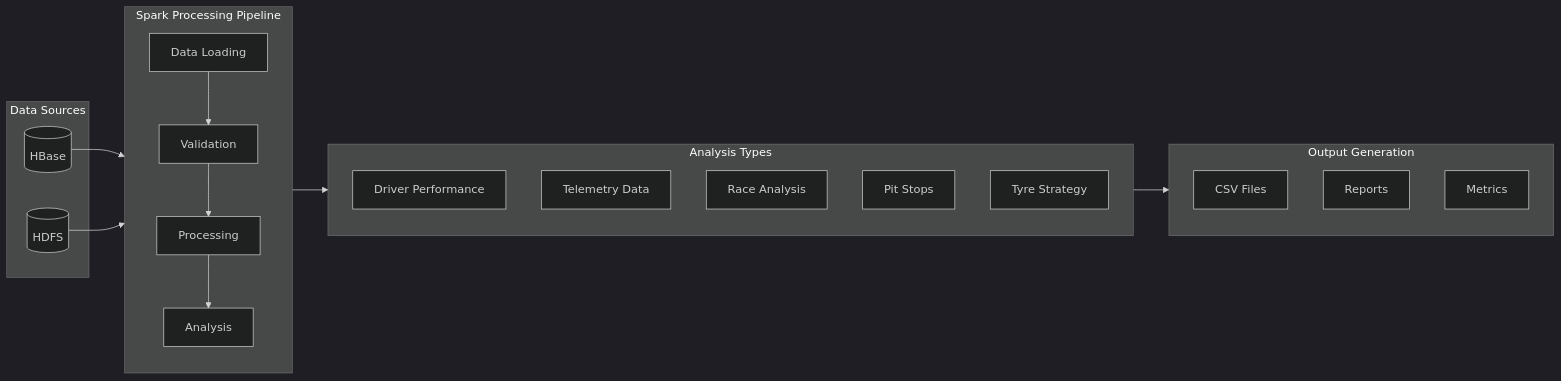
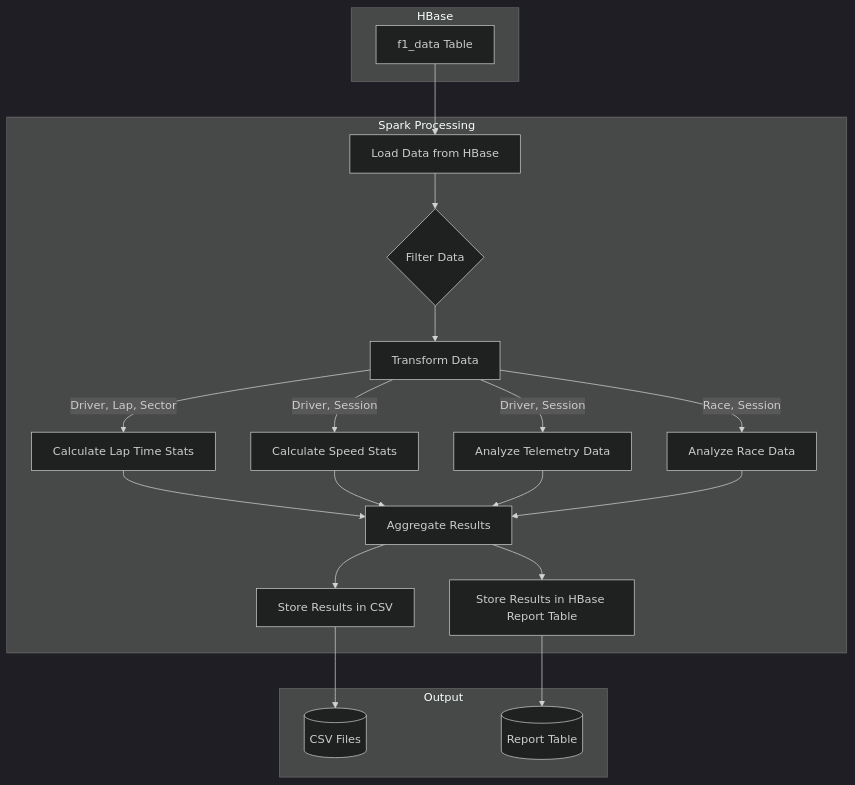
Before and after one commit to matwi5/ece-bigdata-2024-fall-gr02-Mathis-Clement: the fourth of 4 diagrams in docs/spark.md, drawn with Mermaid. The commit also changed other lines of this file and 10 other files, not shown here.

````diff
--- a/docs/spark.md
+++ b/docs/spark.md
@@ -93,39 +225,31 @@
 ```mermaid
 %%{init: {'theme': 'dark'}}%%
-flowchart LR
-    subgraph Input["Data Sources"]
-        HB[(HBase)]
-        HD[(HDFS)]
+graph TD
+    subgraph "HBase"
+        HB[f1_data Table]
     end
 
-    subgraph Processing["Spark Processing Pipeline"]
-        direction TB
-        L[Data Loading]
-        V[Validation]
-        P[Processing]
-        A[Analysis]
-        
-        L --> V
-        V --> P
-        P --> A
+    subgraph "Spark Processing"
+        A[Load Data from HBase] --> B{Filter Data}
+        B --> C[Transform Data]
+        C --> |Driver, Lap, Sector| D[Calculate Lap Time Stats]
+        C --> |Driver, Session| E[Calculate Speed Stats]
+        C --> |Driver, Session| F[Analyze Telemetry Data]
+        C --> |Race, Session| G[Analyze Race Data]
+        D --> H[Aggregate Results]
+        E --> H
+        F --> H
+        G --> H
+        H --> I[Store Results in CSV]
+        H --> J[Store Results in HBase Report Table]
     end
 
-    subgraph Analysis["Analysis Types"]
-        D[Driver Performance]
-        T[Telemetry Data]
-        R[Race Analysis]
-        PS[Pit Stops]
-        TS[Tyre Strategy]
+    subgraph "Output"
+        CSV[(CSV Files)]
+        Rep[(Report Table)]
     end
 
-    subgraph Output["Output Generation"]
-        CSV[CSV Files]
-        Rep[Reports]
-        Met[Metrics]
-    end
-
-    HB --> Processing
-    HD --> Processing
-    Processing --> Analysis
-    Analysis --> Output
+    HB --> A
+    I --> CSV
+    J --> Rep
 ```
````
